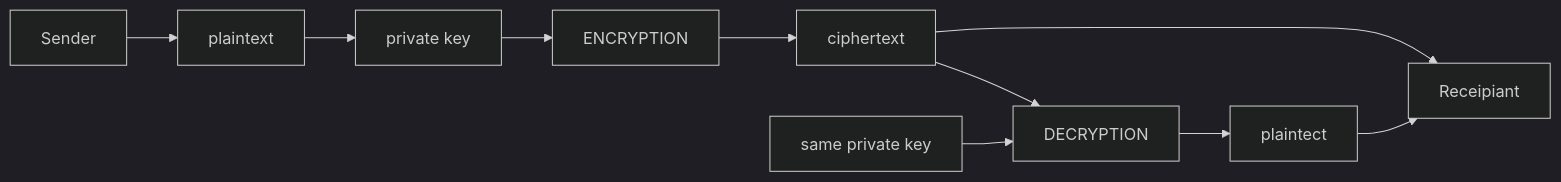
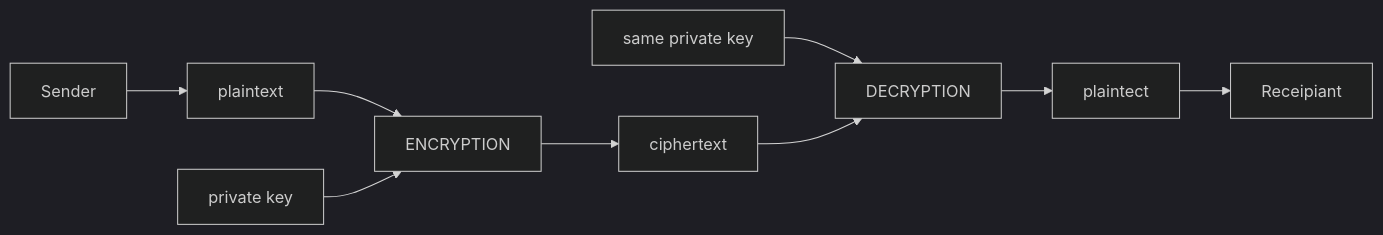
One commit to Kietpawpan/encryption changed the diagram in README.md. Above: the diagram before and after it, drawn with Mermaid (dark theme).

````diff
--- a/README.md
+++ b/README.md
@@ -5,6 +5,8 @@
 ```mermaid
 flowchart LR
-    A[Sender] --> B[plaintext]-->C[private key]-->D[ENCRYPTION]-->E[ciphertext]-->F[Receipiant]
+    A[Sender] --> B[plaintext]-->D
+    C[private key]-->D[ENCRYPTION]-->E[ciphertext]
+    F[Receipiant]
     C2[same private key]-->G[DECRYPTION]-->I[plaintect]-->F
      E-->G
 ```
````
